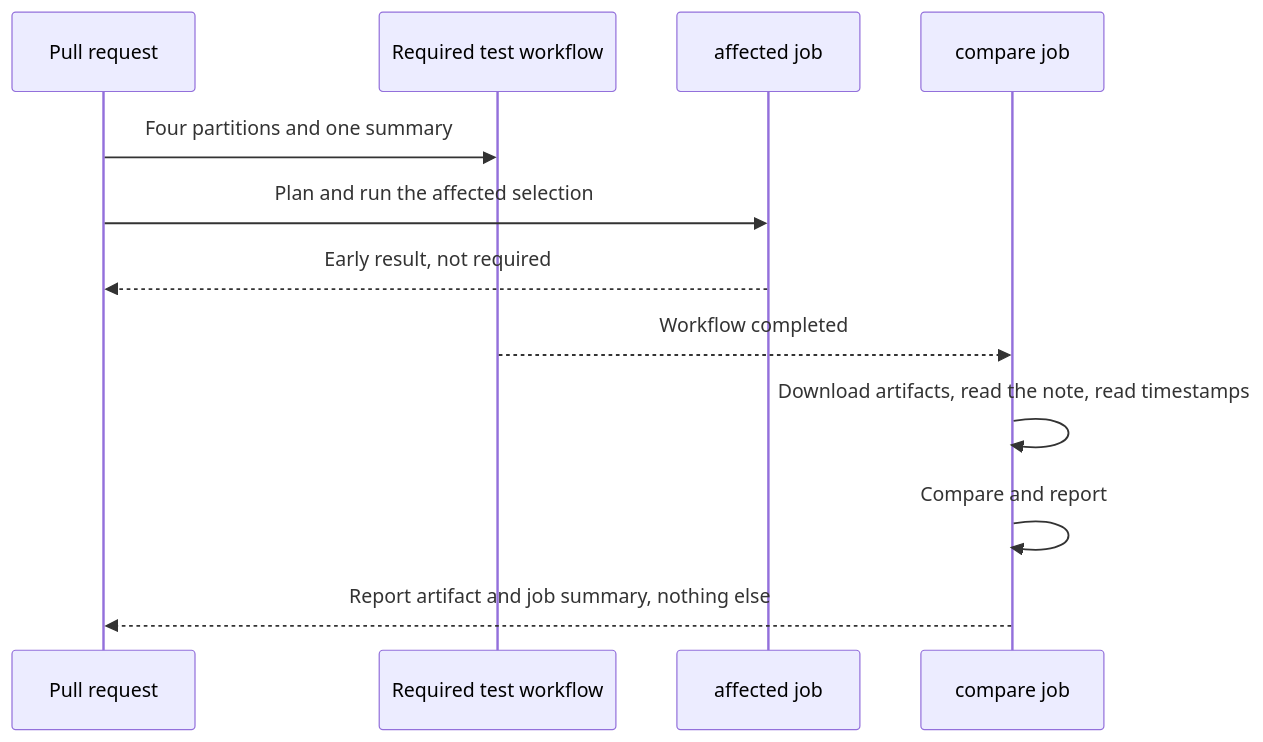
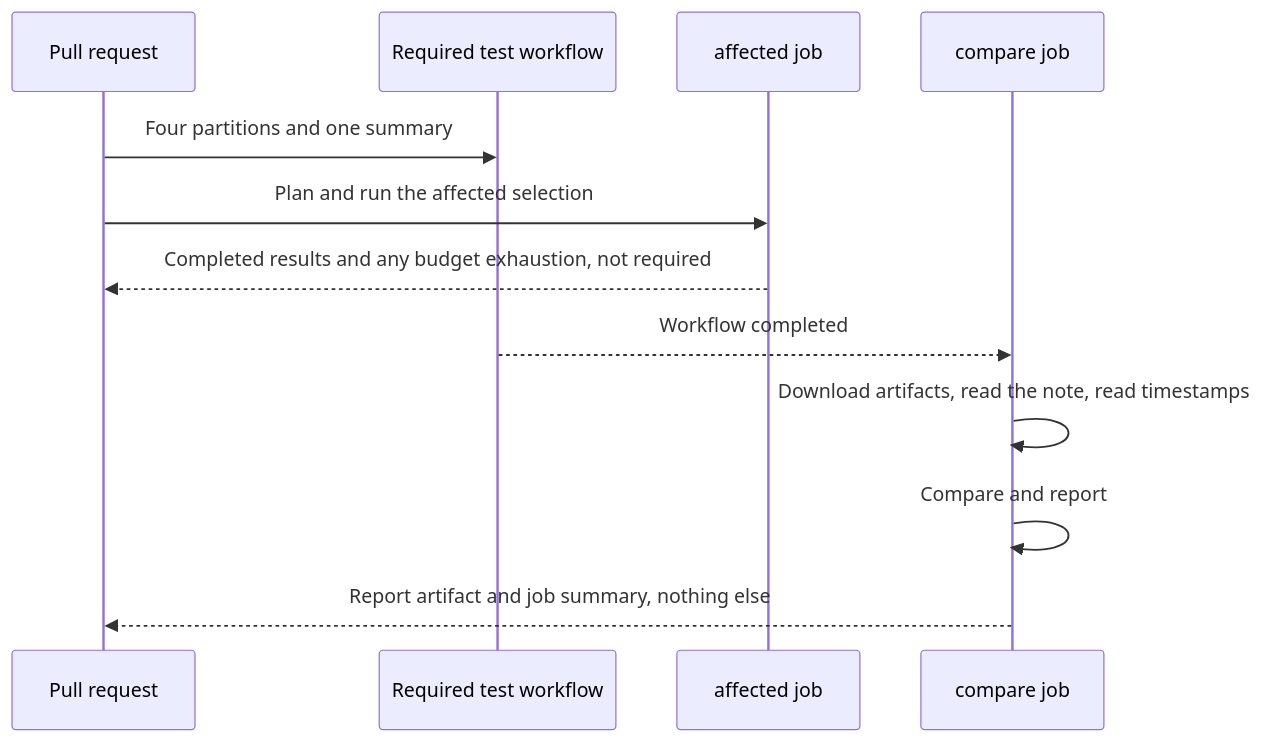
One commit to Saltiola7/dotfiles-ai changed the first of 4 diagrams in docs/specs/dotfiles_ai_distribution/features/hosted-validation-shadow.md. Above: the diagram before and after it, drawn with Mermaid. The commit also changed other lines of this file and 1 other file, not shown here.

````diff
--- a/docs/specs/dotfiles_ai_distribution/features/hosted-validation-shadow.md
+++ b/docs/specs/dotfiles_ai_distribution/features/hosted-validation-shadow.md
@@ -227,16 +248,16 @@
 ```mermaid
 sequenceDiagram
   accTitle: One pull request through both workflows
   accDescr: The required test workflow runs unchanged. The affected job runs in parallel and the compare job waits for the required run to complete.
   participant P as Pull request
   participant T as Required test workflow
   participant A as affected job
   participant C as compare job
   P->>T: Four partitions and one summary
   P->>A: Plan and run the affected selection
-  A-->>P: Early result, not required
+  A-->>P: Completed results and any budget exhaustion, not required
   T-->>C: Workflow completed
   C->>C: Download artifacts, read the note, read timestamps
   C->>C: Compare and report
   C-->>P: Report artifact and job summary, nothing else
 ```
````
